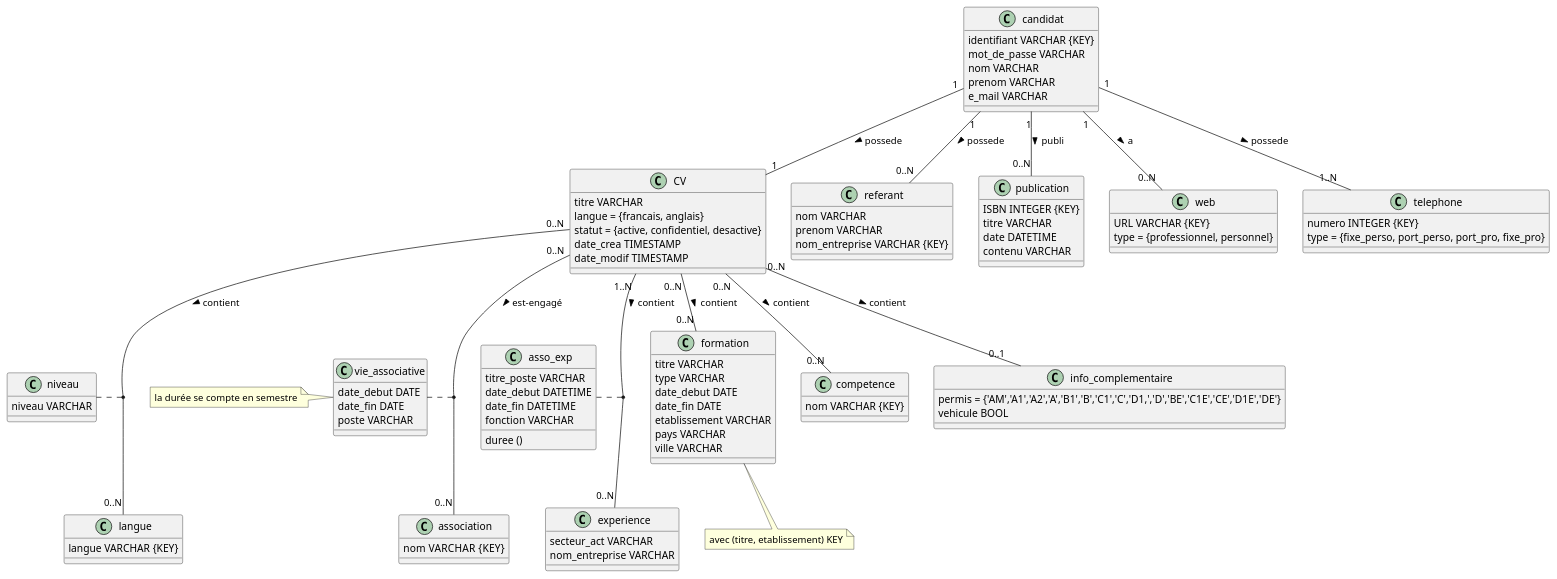
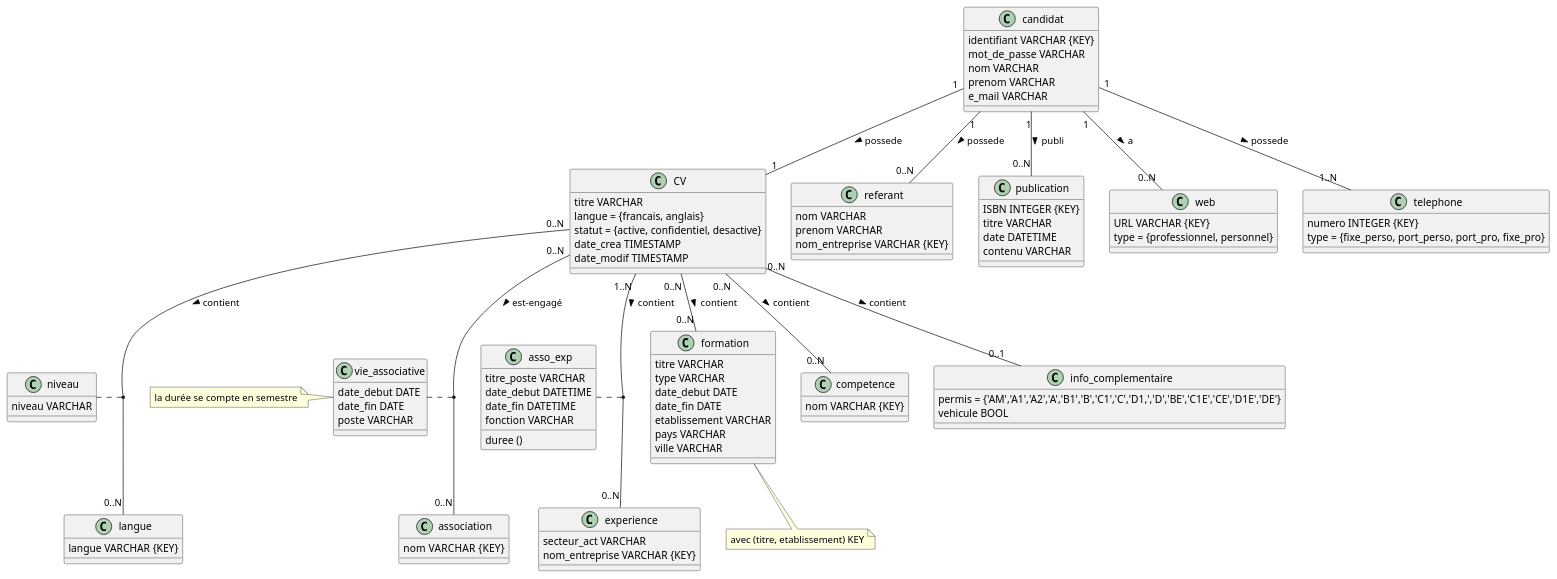
The diagram in UML.plantUML (louisepght/database_CVtheque), drawn with PlantUML before and after one commit.

```diff
--- a/UML.plantUML
+++ b/UML.plantUML
@@ -1,127 +1,127 @@
 @startuml
 
 CV "0..N" -- "0..N" formation : contient >
 
 CV "1..N" -- "0..N" experience : contient >
 
 CV "0..N" -- "0..N" competence : contient >
 
 CV "0..N" -- "0..N" langue : contient >
 
 CV "0..N" -- "0..1" info_complementaire : contient >
 
 candidat "1" -- "1" CV : possede >
 
 candidat "1"-- "0..N" referant : possede >
 
 candidat "1" -- "0..N" publication : publi >
 
 candidat "1" -- "0..N" web : a > 
 
 candidat "1" -- "1..N" telephone : possede >
 
 CV "0..N" -- "0..N" association : est-engagé >
 
 niveau .. (CV, langue)
 
 vie_associative .. (association, CV)
 
 note left of vie_associative : la durée se compte en semestre
 
 asso_exp .. (experience,CV) 
 
 class asso_exp{
     titre_poste VARCHAR 
     date_debut DATETIME 
     date_fin DATETIME 
     fonction VARCHAR 
     duree ()
 }
 
 class vie_associative{
     date_debut DATE
     date_fin DATE
     poste VARCHAR
 }
 
 class niveau {
     niveau VARCHAR
 }
 
 class CV {
   titre VARCHAR 
   langue = {francais, anglais}
   statut = {active, confidentiel, desactive}
   date_crea TIMESTAMP
   date_modif TIMESTAMP
 }
 
 class formation { 
   titre VARCHAR 
   type VARCHAR 
   date_debut DATE
   date_fin DATE
   etablissement VARCHAR 
   pays VARCHAR
   ville VARCHAR
 }
 
 class formation
 note bottom: avec (titre, etablissement) KEY
 
 class experience{
     secteur_act VARCHAR 
-    nom_entreprise VARCHAR 
+    nom_entreprise VARCHAR {KEY}
 }
 
 class competence{
     nom VARCHAR {KEY}
 }
 
 class langue{
     langue VARCHAR {KEY}
 }
 
 class info_complementaire{
     permis = {'AM','A1','A2','A','B1','B','C1','C','D1,','D','BE','C1E','CE','D1E','DE'}
     vehicule BOOL
 }
 
 class candidat{
     identifiant VARCHAR {KEY}
     mot_de_passe VARCHAR 
     nom VARCHAR
     prenom VARCHAR
     e_mail VARCHAR
 }
 
 class referant{
     nom VARCHAR
     prenom VARCHAR
     nom_entreprise VARCHAR {KEY}
 }
 
 class publication{
     ISBN INTEGER {KEY}
     titre VARCHAR 
     date DATETIME 
     contenu VARCHAR 
 }
 
 class web {
     URL VARCHAR {KEY}
     type = {professionnel, personnel}
 }
 
 class telephone {
     numero INTEGER {KEY}
     type = {fixe_perso, port_perso, port_pro, fixe_pro}
 }
 
 class association{
     nom VARCHAR  {KEY}
 }
 
 
 
 @enduml
```
